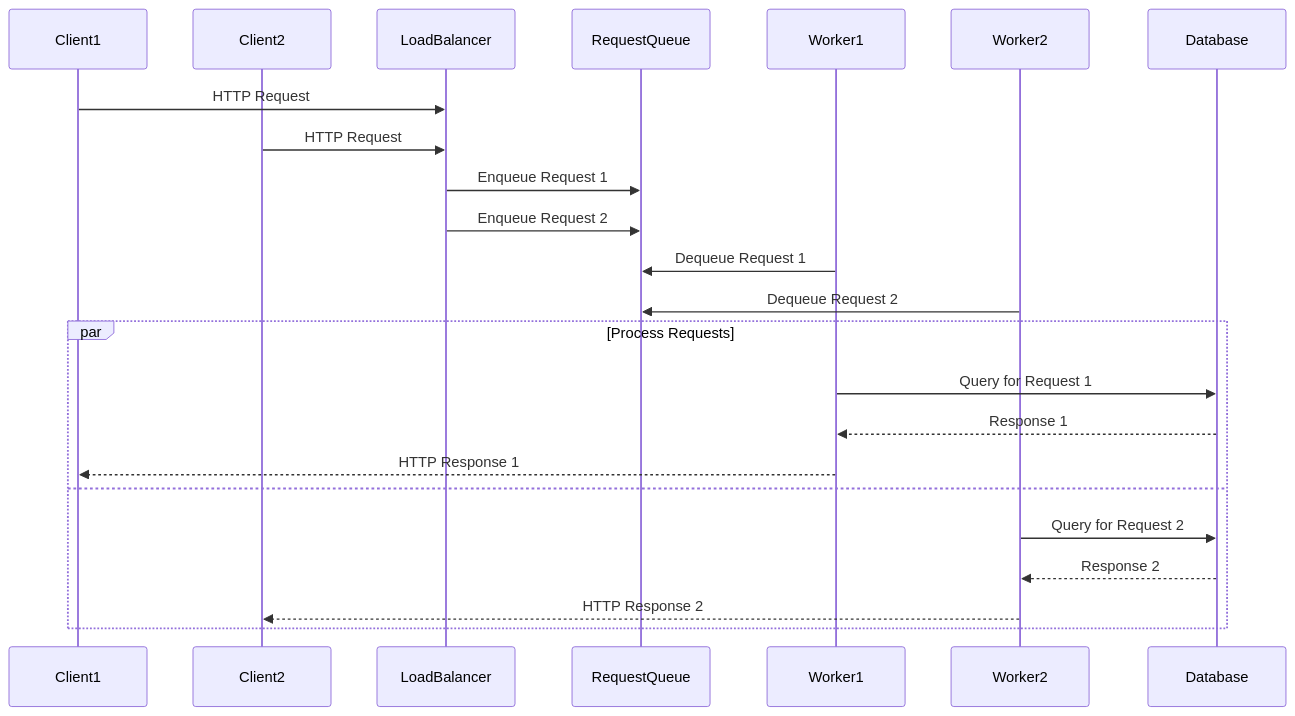
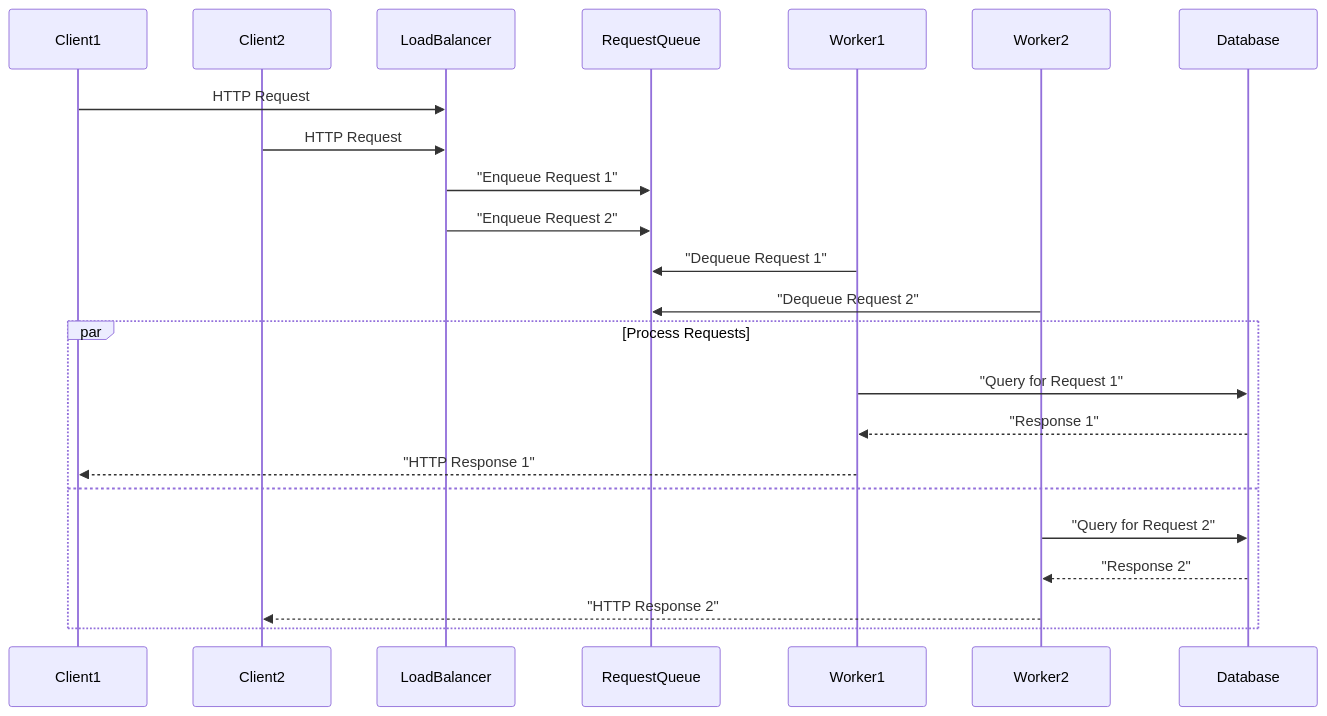
One commit to mythxn/dojo.py changed the tenth of 13 diagrams in day_1/problem_3_producer_consumer/README.md. Above: the diagram before and after it, drawn with Mermaid. The commit also changed other lines of this file, not shown here.

First line of the commit message:
Fix Mermaid syntax errors in producer-consumer README

````diff
--- a/day_1/problem_3_producer_consumer/README.md
+++ b/day_1/problem_3_producer_consumer/README.md
@@ -257,28 +257,28 @@
 ```mermaid
 sequenceDiagram
     participant Client1
     participant Client2
     participant LoadBalancer
     participant RequestQueue
     participant Worker1
     participant Worker2
     participant Database
     
     Client1->>LoadBalancer: HTTP Request
     Client2->>LoadBalancer: HTTP Request
-    LoadBalancer->>RequestQueue: Enqueue Request 1
-    LoadBalancer->>RequestQueue: Enqueue Request 2
+    LoadBalancer->>RequestQueue: "Enqueue Request 1"
+    LoadBalancer->>RequestQueue: "Enqueue Request 2"
     
-    Worker1->>RequestQueue: Dequeue Request 1
-    Worker2->>RequestQueue: Dequeue Request 2
+    Worker1->>RequestQueue: "Dequeue Request 1"
+    Worker2->>RequestQueue: "Dequeue Request 2"
     
     par Process Requests
-        Worker1->>Database: Query for Request 1
-        Database-->>Worker1: Response 1
-        Worker1-->>Client1: HTTP Response 1
+        Worker1->>Database: "Query for Request 1"
+        Database-->>Worker1: "Response 1"
+        Worker1-->>Client1: "HTTP Response 1"
     and
-        Worker2->>Database: Query for Request 2
-        Database-->>Worker2: Response 2
-        Worker2-->>Client2: HTTP Response 2
+        Worker2->>Database: "Query for Request 2"
+        Database-->>Worker2: "Response 2"
+        Worker2-->>Client2: "HTTP Response 2"
     end
 ```
````
